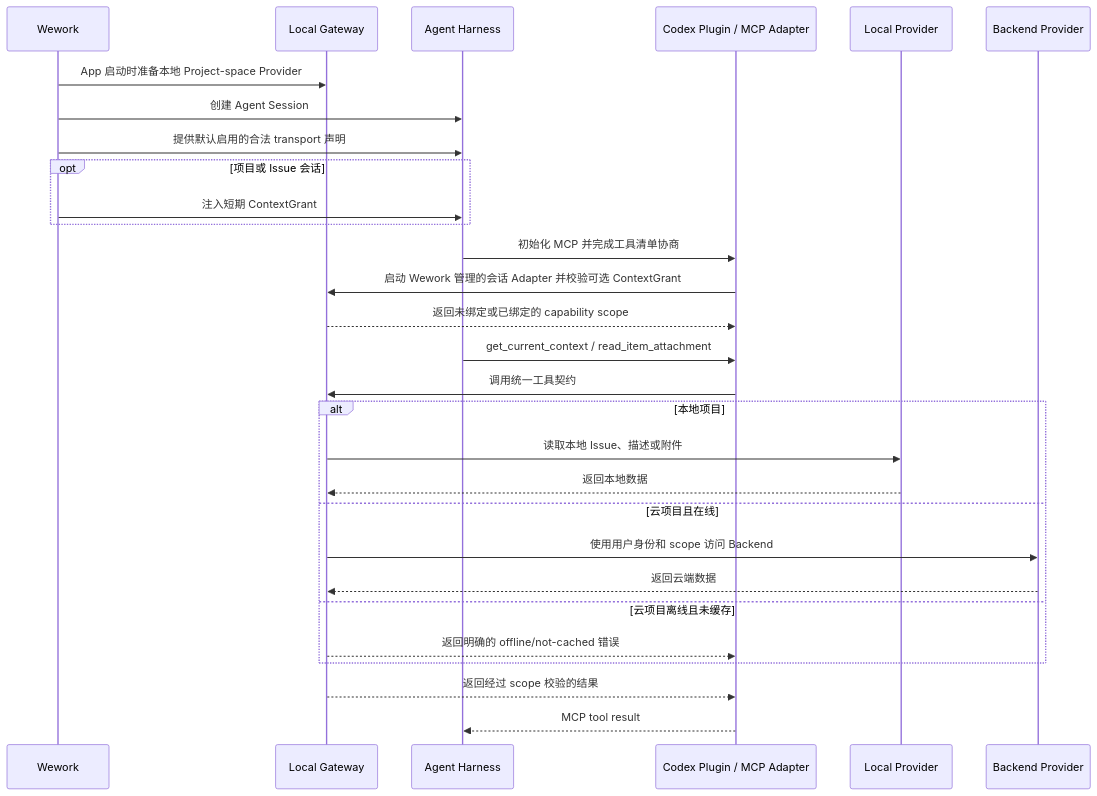
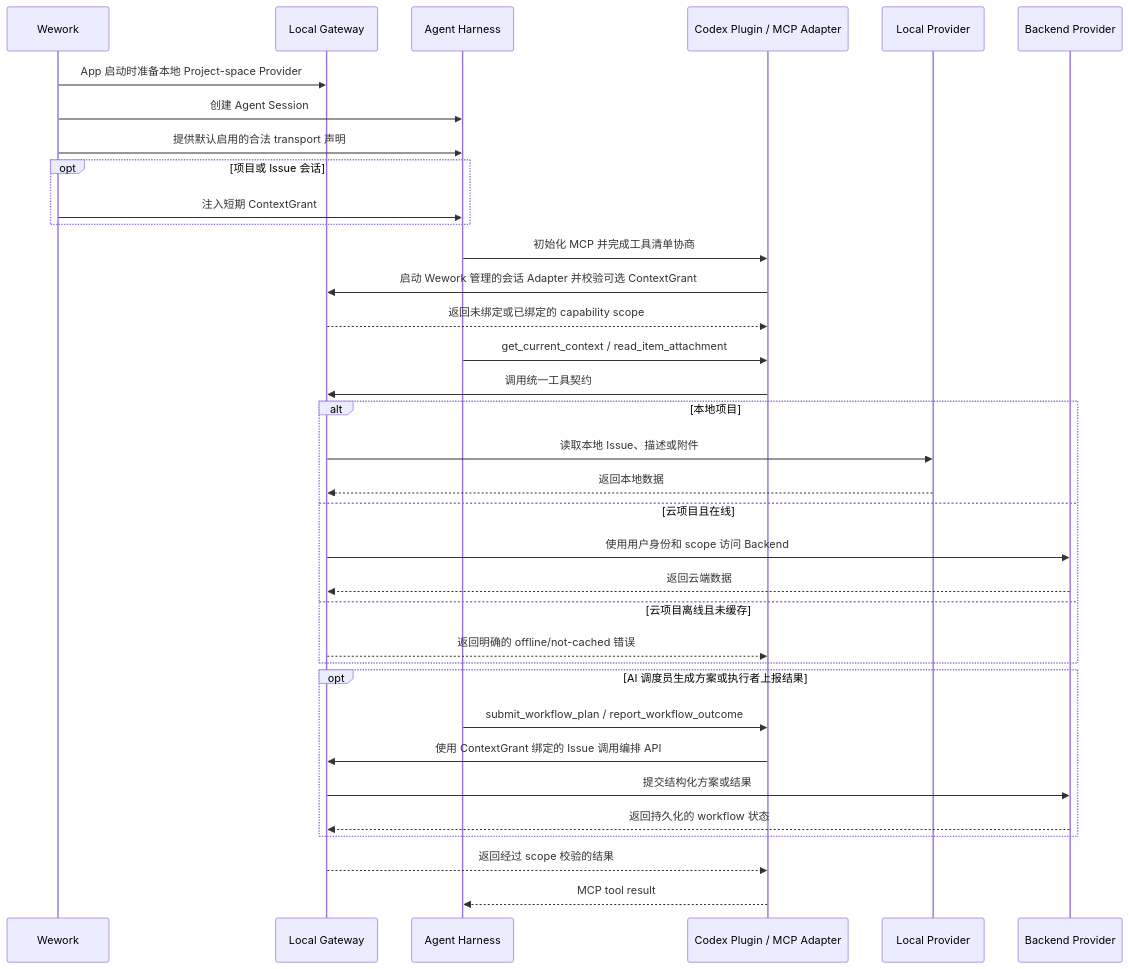
One commit to wecode-ai/Wegent changed the second of 2 diagrams in docs/zh/architecture/project-space-agent-capability.md. Above: the diagram before and after it, drawn with Mermaid. The commit also changed other lines of this file and 27 other files, not shown here.

````diff
--- a/docs/zh/architecture/project-space-agent-capability.md
+++ b/docs/zh/architecture/project-space-agent-capability.md
@@ -30,32 +30,38 @@
 ```mermaid
 sequenceDiagram
     participant W as Wework
     participant G as Local Gateway
     participant H as Agent Harness
     participant P as Codex Plugin / MCP Adapter
     participant L as Local Provider
     participant B as Backend Provider
 
     W->>G: App 启动时准备本地 Project-space Provider
     W->>H: 创建 Agent Session
     W->>H: 提供默认启用的合法 transport 声明
     opt 项目或 Issue 会话
         W->>H: 注入短期 ContextGrant
     end
     H->>P: 初始化 MCP 并完成工具清单协商
     P->>G: 启动 Wework 管理的会话 Adapter 并校验可选 ContextGrant
     G-->>P: 返回未绑定或已绑定的 capability scope
     H->>P: get_current_context / read_item_attachment
     P->>G: 调用统一工具契约
     alt 本地项目
         G->>L: 读取本地 Issue、描述或附件
         L-->>G: 返回本地数据
     else 云项目且在线
         G->>B: 使用用户身份和 scope 访问 Backend
         B-->>G: 返回云端数据
     else 云项目离线且未缓存
         G-->>P: 返回明确的 offline/not-cached 错误
     end
+    opt AI 调度员生成方案或执行者上报结果
+        H->>P: submit_workflow_plan / report_workflow_outcome
+        P->>G: 使用 ContextGrant 绑定的 Issue 调用编排 API
+        G->>B: 提交结构化方案或结果
+        B-->>G: 返回持久化的 workflow 状态
+    end
     G-->>P: 返回经过 scope 校验的结果
     P-->>H: MCP tool result
 ```
````
